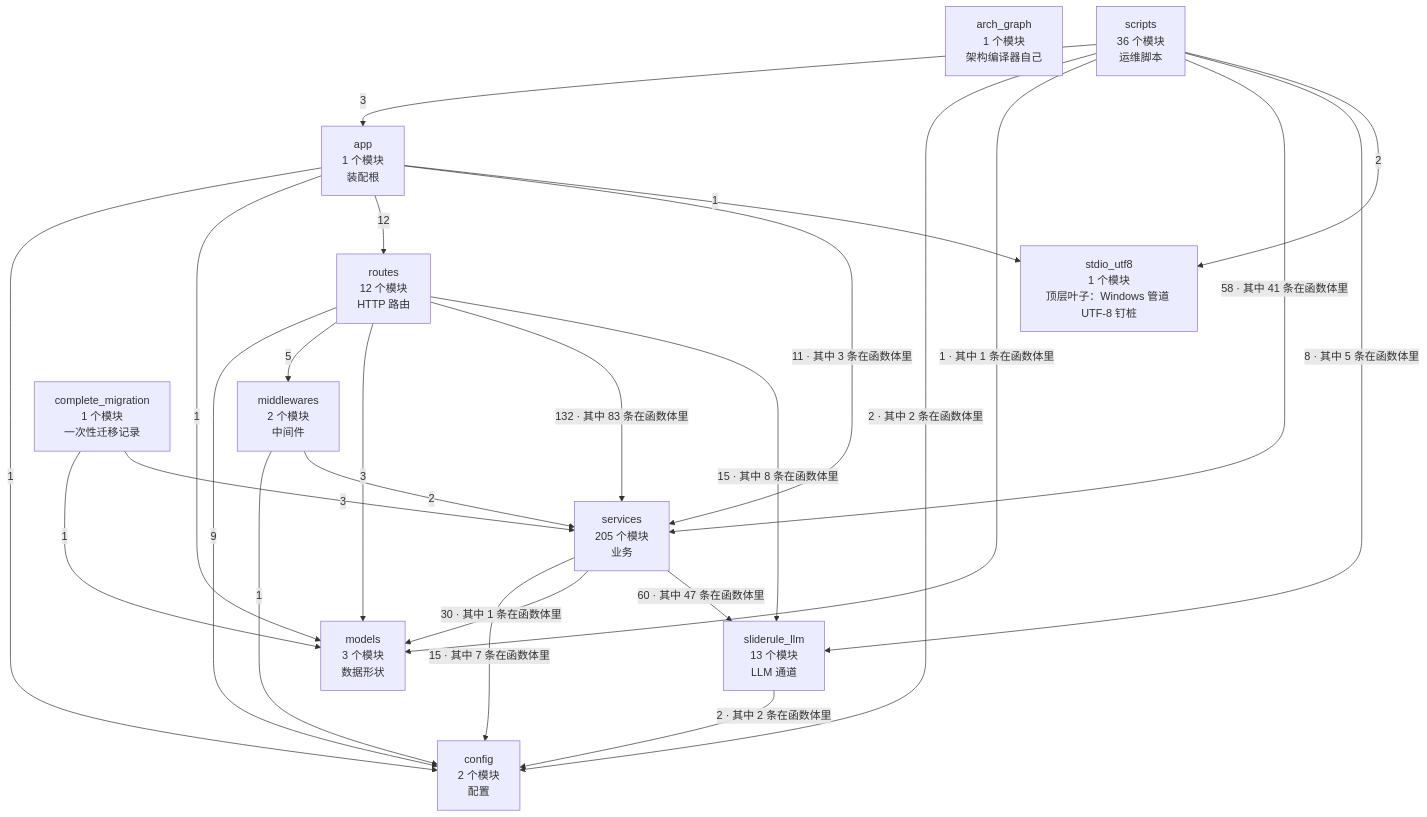
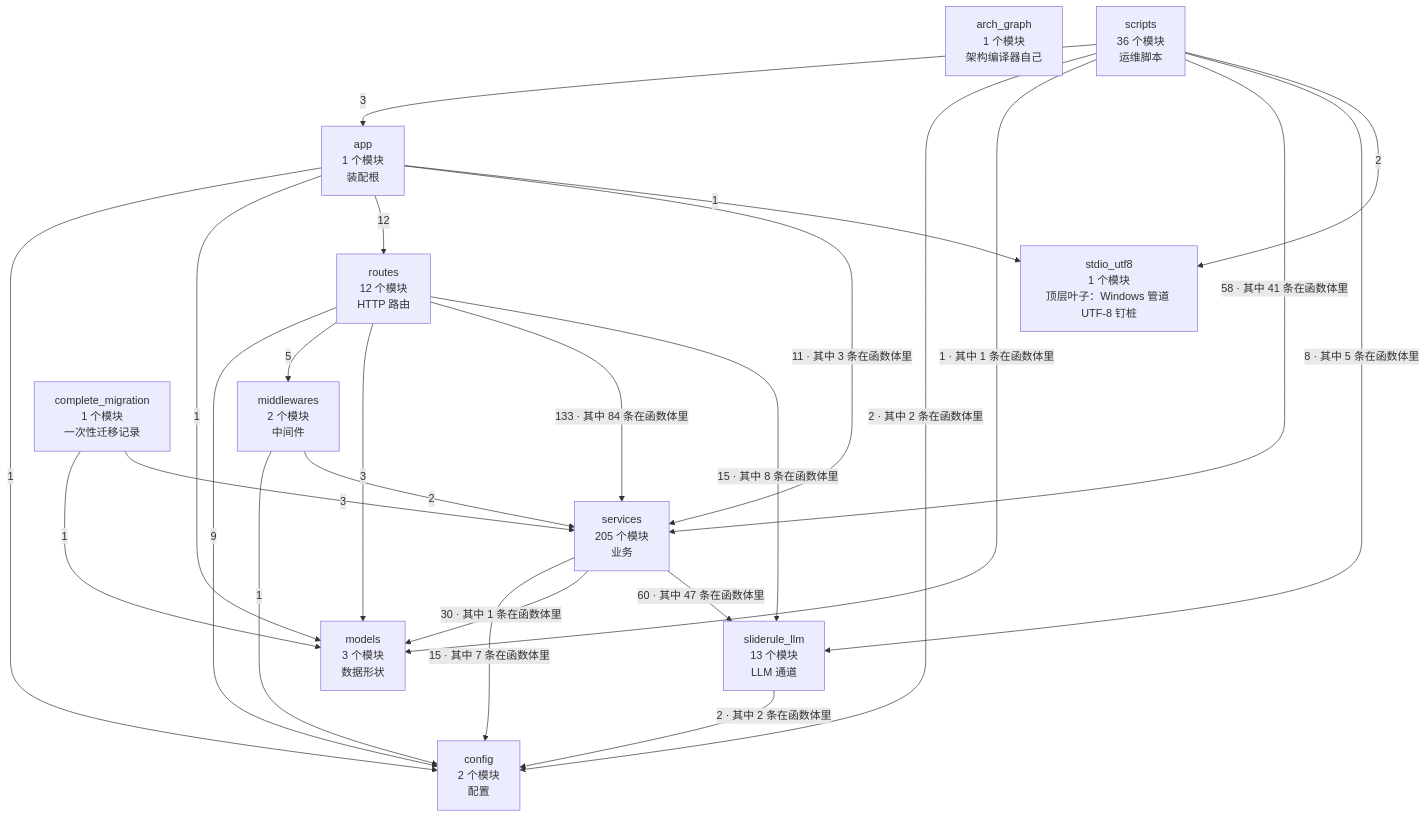
One commit to 2686521696/WhyBuddy changed the first of 2 diagrams in docs/SlideRule V6.2 架构图（自动生成）.md. Above: the diagram before and after it, drawn with Mermaid. The commit also changed other lines of this file and 29 other files, not shown here.

````diff
--- a/docs/SlideRule V6.2 架构图（自动生成）.md
+++ b/docs/SlideRule V6.2 架构图（自动生成）.md
@@ -36,38 +36,38 @@
 ```mermaid
 flowchart TB
   arch_graph["arch_graph<br/>1 个模块<br/>架构编译器自己"]
   config["config<br/>2 个模块<br/>配置"]
   models["models<br/>3 个模块<br/>数据形状"]
   stdio_utf8["stdio_utf8<br/>1 个模块<br/>顶层叶子：Windows 管道 UTF-8 钉桩"]
   sliderule_llm["sliderule_llm<br/>13 个模块<br/>LLM 通道"]
   middlewares["middlewares<br/>2 个模块<br/>中间件"]
   services["services<br/>205 个模块<br/>业务"]
   routes["routes<br/>12 个模块<br/>HTTP 路由"]
   app["app<br/>1 个模块<br/>装配根"]
   complete_migration["complete_migration<br/>1 个模块<br/>一次性迁移记录"]
   scripts["scripts<br/>36 个模块<br/>运维脚本"]
   app -->|1| config
   app -->|1| models
   app -->|12| routes
   app -->|11 · 其中 3 条在函数体里| services
   app -->|1| stdio_utf8
   complete_migration -->|1| models
   complete_migration -->|3| services
   middlewares -->|1| config
   middlewares -->|2| services
   routes -->|9| config
   routes -->|5| middlewares
   routes -->|3| models
-  routes -->|132 · 其中 83 条在函数体里| services
+  routes -->|133 · 其中 84 条在函数体里| services
   routes -->|15 · 其中 8 条在函数体里| sliderule_llm
   scripts -->|3| app
   scripts -->|2 · 其中 2 条在函数体里| config
   scripts -->|1 · 其中 1 条在函数体里| models
   scripts -->|58 · 其中 41 条在函数体里| services
   scripts -->|8 · 其中 5 条在函数体里| sliderule_llm
   scripts -->|2| stdio_utf8
   services -->|15 · 其中 7 条在函数体里| config
   services -->|30 · 其中 1 条在函数体里| models
   services -->|60 · 其中 47 条在函数体里| sliderule_llm
   sliderule_llm -->|2 · 其中 2 条在函数体里| config
 ```
````
